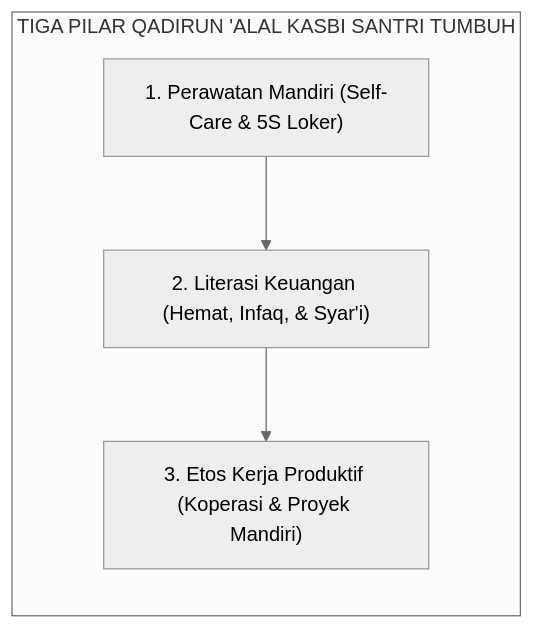
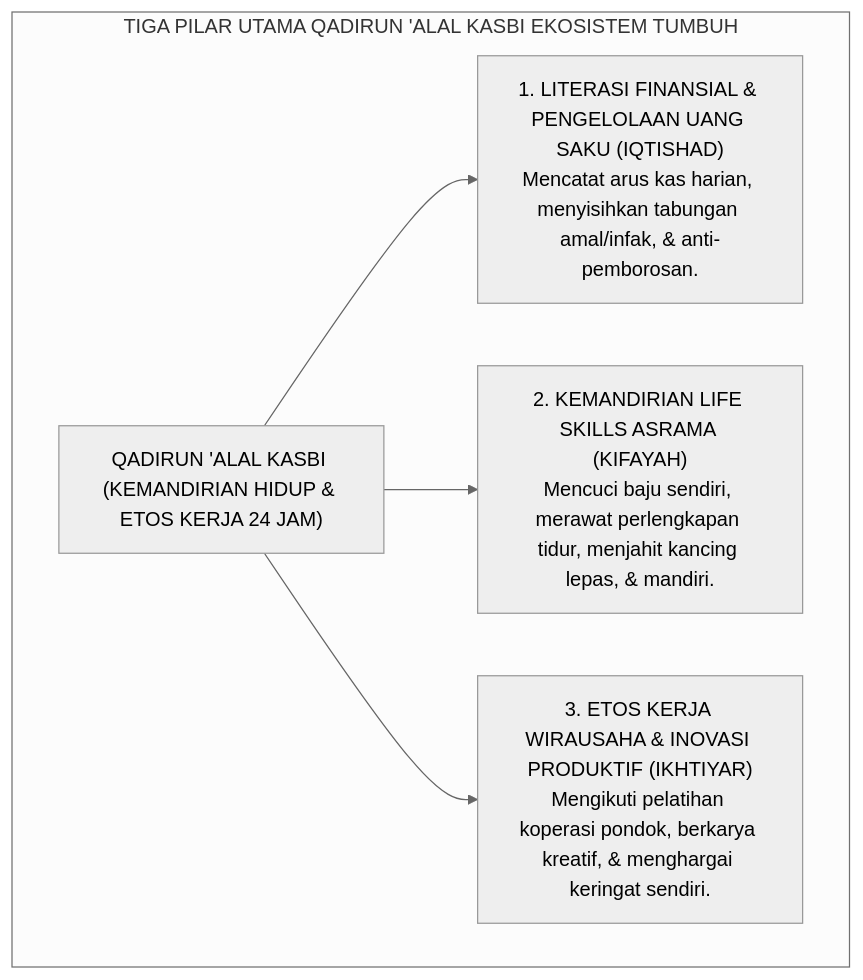
Before and after one commit to wandiapriliyandi/tumbuh: the first of 2 diagrams in BOOK-SERIES/Volume-02/Bab-02-Profil-10-Muwashafat-Karakter-Santri/04-Qadirun-alal-Kasbi.md, drawn with Mermaid (neutral theme). The commit also changed other lines of this file and 18 other files, not shown here.

````diff
--- a/BOOK-SERIES/Volume-02/Bab-02-Profil-10-Muwashafat-Karakter-Santri/04-Qadirun-alal-Kasbi.md
+++ b/BOOK-SERIES/Volume-02/Bab-02-Profil-10-Muwashafat-Karakter-Santri/04-Qadirun-alal-Kasbi.md
@@ -19,7 +21,12 @@
 ```mermaid
-graph LR
-    subgraph TigaPilarKemandirian["TIGA PILAR QADIRUN 'ALAL KASBI SANTRI TUMBUH"]
-        Raga["1. Perawatan Mandiri (Self-Care & 5S Loker)"] --> Uang["2. Literasi Keuangan (Hemat, Infaq, & Syar'i)"]
-        Uang --> Karya["3. Etos Kerja Produktif (Koperasi & Proyek Mandiri)"]
+graph TD
+    subgraph PilarKemandirian["TIGA PILAR UTAMA QADIRUN 'ALAL KASBI EKOSISTEM TUMBUH"]
+        PorosMandiri["QADIRUN 'ALAL KASBI (KEMANDIRIAN HIDUP & ETOS KERJA 24 JAM)"]
+        
+        PorosMandiri --> P1["1. LITERASI FINANSIAL & PENGELOLAAN UANG SAKU (IQTISHAD)<br/>Mencatat arus kas harian, menyisihkan tabungan amal/infak, & anti-pemborosan."]
+        
+        PorosMandiri --> P2["2. KEMANDIRIAN LIFE SKILLS ASRAMA (KIFAYAH)<br/>Mencuci baju sendiri, merawat perlengkapan tidur, menjahit kancing lepas, & mandiri."]
+        
+        PorosMandiri --> P3["3. ETOS KERJA WIRAUSAHA & INOVASI PRODUKTIF (IKHTIYAR)<br/>Mengikuti pelatihan koperasi pondok, berkarya kreatif, & menghargai keringat sendiri."]
     end
 ```
````
